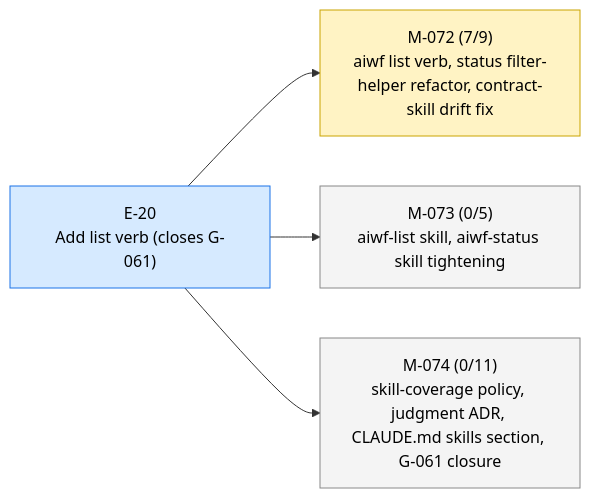
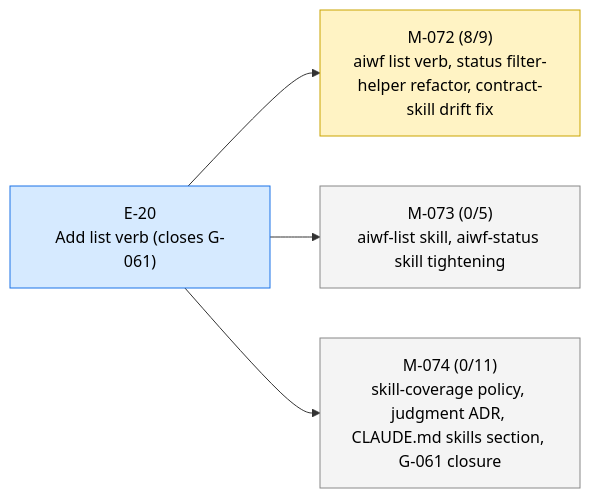
The first of 2 diagrams in STATUS.md (23min/aiwf), drawn with Mermaid before and after one commit. The commit also changed other lines of this file and 1 other file, not shown here.

First line of the commit message:
aiwf promote M-072/AC-7 open -> met

````diff
--- a/STATUS.md
+++ b/STATUS.md
@@ -13,16 +13,16 @@
 ```mermaid
 flowchart LR
   E_20["E-20<br/>Add list verb (closes G-061)"]:::epic_active
-  M_072["M-072 (7/9)<br/>aiwf list verb, status filter-helper refactor, contract-skill drift fix"]:::ms_in_progress
+  M_072["M-072 (8/9)<br/>aiwf list verb, status filter-helper refactor, contract-skill drift fix"]:::ms_in_progress
   E_20 --> M_072
   M_073["M-073 (0/5)<br/>aiwf-list skill, aiwf-status skill tightening"]:::ms_draft
   E_20 --> M_073
   M_074["M-074 (0/11)<br/>skill-coverage policy, judgment ADR, CLAUDE.md skills section, G-061 closure"]:::ms_draft
   E_20 --> M_074
   classDef epic_active fill:#d6eaff,stroke:#1a73e8,color:#000
   classDef epic_proposed fill:#f4f4f4,stroke:#888,color:#000
   classDef ms_done fill:#d8f5d8,stroke:#2a8a2a,color:#000
   classDef ms_in_progress fill:#fff3c4,stroke:#caa400,color:#000
   classDef ms_draft fill:#f4f4f4,stroke:#888,color:#000
   classDef ms_cancelled fill:#fbeaea,stroke:#c33,color:#000
 ```
````
